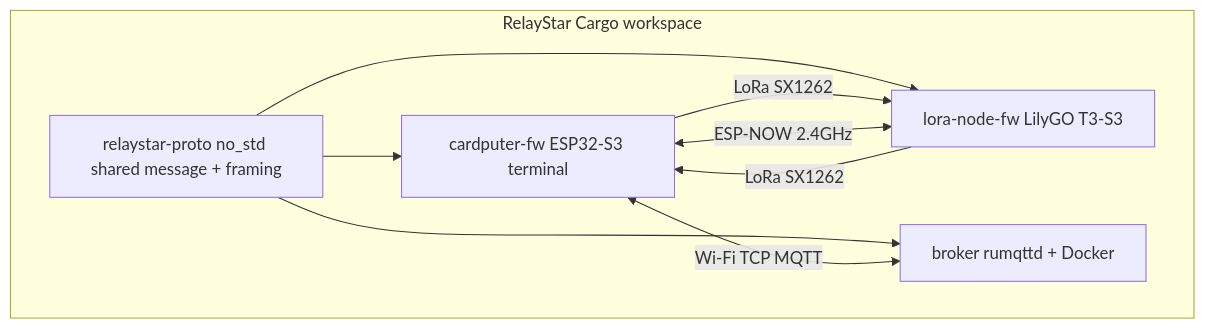
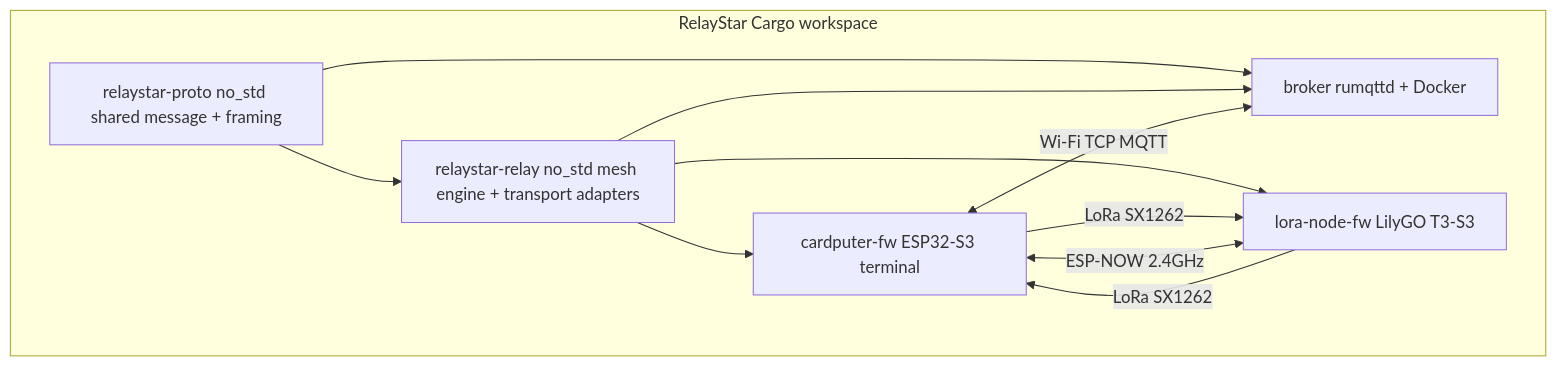
The diagram in README.md (lf-wxp/RelayStar), drawn with Mermaid before and after one commit. The commit also changed other lines of this file and 1 other file, not shown here.

First line of the commit message:
docs: document relaystar-relay and dual MQTT topic families

````diff
--- a/README.md
+++ b/README.md
@@ -5,16 +5,19 @@
 ```mermaid
 flowchart TB
   subgraph ws [RelayStar Cargo workspace]
     proto[relaystar-proto no_std shared message + framing]
+    relay[relaystar-relay no_std mesh engine + transport adapters]
     card[cardputer-fw ESP32-S3 terminal]
     node[lora-node-fw LilyGO T3-S3]
     broker[broker rumqttd + Docker]
   end
-  proto --> card
-  proto --> node
+  proto --> relay
   proto --> broker
+  relay --> card
+  relay --> node
+  relay --> broker
   card -->|LoRa SX1262| node
   card <-->|Wi-Fi TCP MQTT| broker
   card <-->|ESP-NOW 2.4GHz| node
   node -->|LoRa SX1262| card
 ```
````
